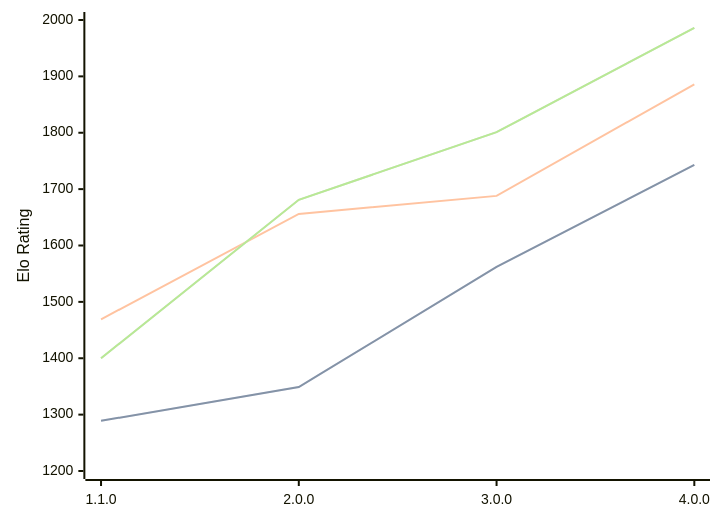
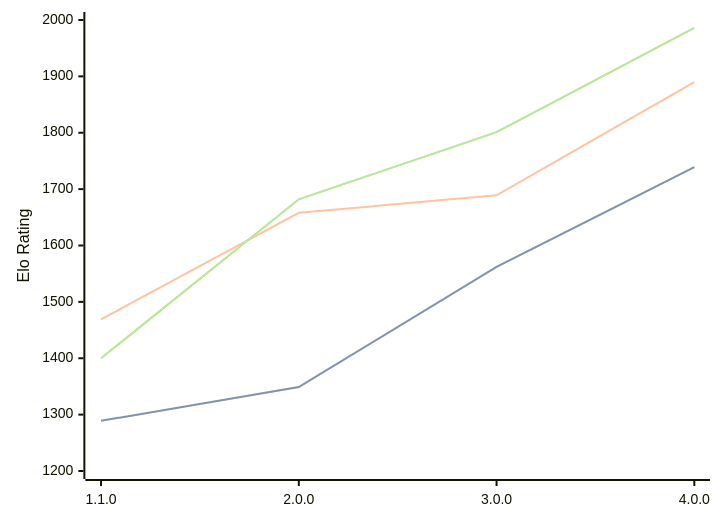
The diagram in engines/Laura.md (computer-chess-index/cci), drawn with Mermaid before and after one commit. The commit also changed other lines of this file, not shown here.

Commit message:
Update CCI Ratings (ELO VLTC) - 2026-08-07

````diff
--- a/engines/Laura.md
+++ b/engines/Laura.md
@@ -34,11 +34,11 @@
 ```mermaid
 %%{init: {"theme":"base","themeVariables":{"seriesColors:['#a3a3a3','#222221','#faa371']}}}%%
 xychart-beta
   x-axis ["1.1.0", "2.0.0", "3.0.0", "4.0.0"]
   y-axis "Elo Rating" 1200 --> 2000
-  line "STC (8.0+0.08s)" [1289, 1349, 1562, 1743]
-  line "STC (8.0+0.08s)" [1289, 1349, 1562, 1743]
-  line "LTC (60.0+0.60s)" [1469, 1656, 1688, 1886]
-  line "VLTC (2m24s+1.12s)" [1400, 1681, 1801, 1986]
-  line "VLTC (2m24s+1.12s)" [1400, 1681, 1801, 1986]
+  line "STC (8.0+0.08s)" [1289, 1349, 1562, 1739]
+  line "STC (8.0+0.08s)" [1289, 1349, 1562, 1739]
+  line "LTC (60.0+0.60s)" [1469, 1658, 1689, 1890]
+  line "VLTC (2m24s+1.12s)" [1400, 1682, 1801, 1986]
+  line "VLTC (2m24s+1.12s)" [1400, 1682, 1801, 1986]
 ```
````
